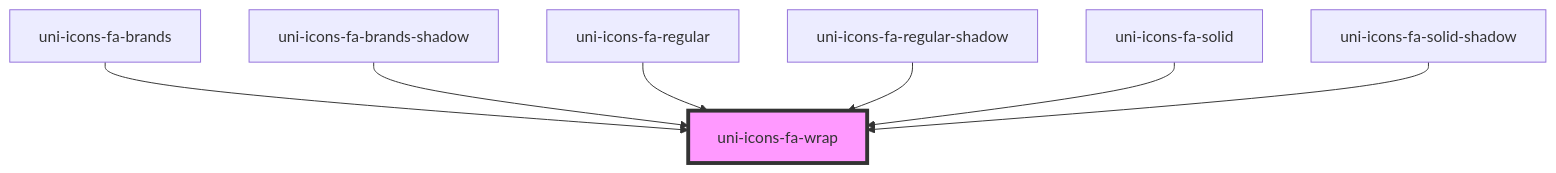
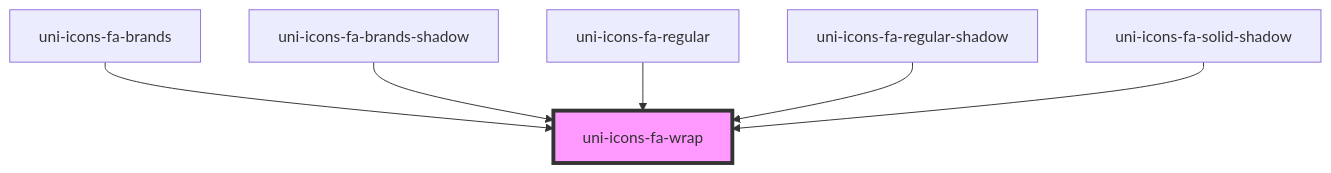
One commit to uiwebkit/icons changed the diagram in src/components/icons-fa/@wrap/readme.md. Above: the diagram before and after it, drawn with Mermaid. The commit also changed other lines of this file and 38 other files, not shown here.

````diff
--- a/src/components/icons-fa/@wrap/readme.md
+++ b/src/components/icons-fa/@wrap/readme.md
@@ -36,10 +35,9 @@
 ```mermaid
 graph TD;
   uni-icons-fa-brands --> uni-icons-fa-wrap
   uni-icons-fa-brands-shadow --> uni-icons-fa-wrap
   uni-icons-fa-regular --> uni-icons-fa-wrap
   uni-icons-fa-regular-shadow --> uni-icons-fa-wrap
-  uni-icons-fa-solid --> uni-icons-fa-wrap
   uni-icons-fa-solid-shadow --> uni-icons-fa-wrap
   style uni-icons-fa-wrap fill:#f9f,stroke:#333,stroke-width:4px
 ```
````
